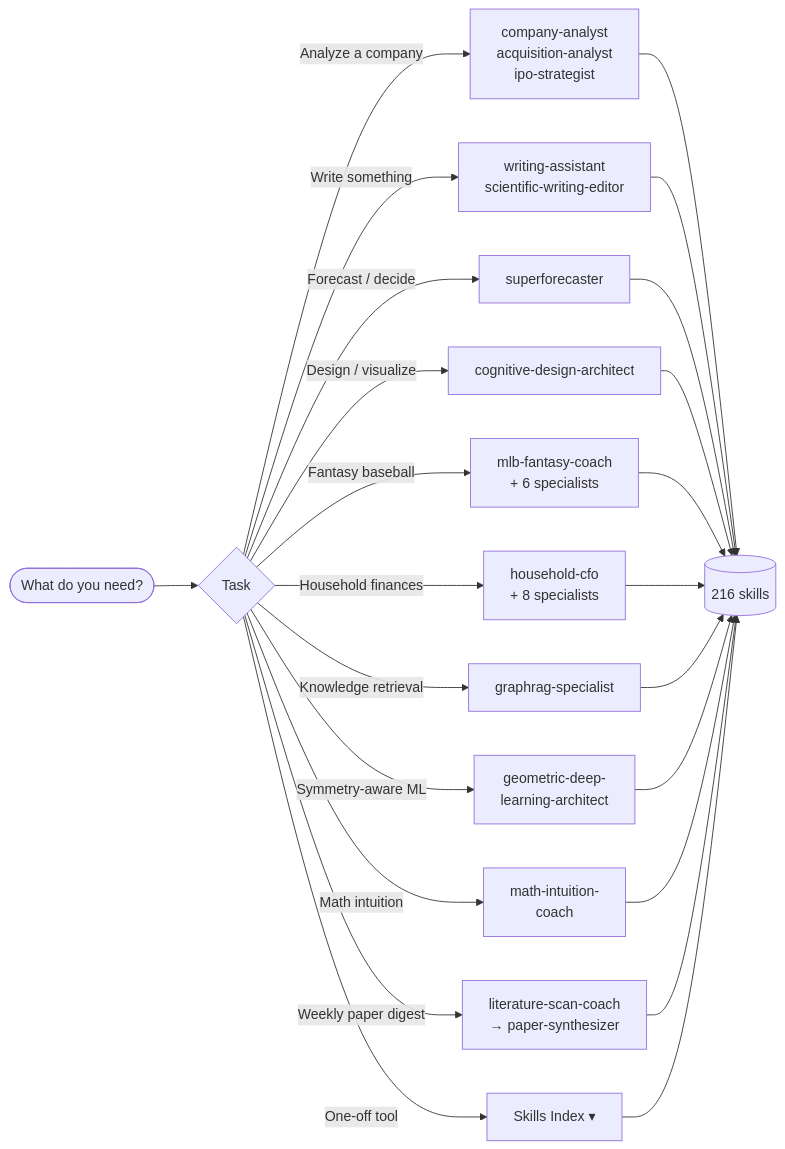
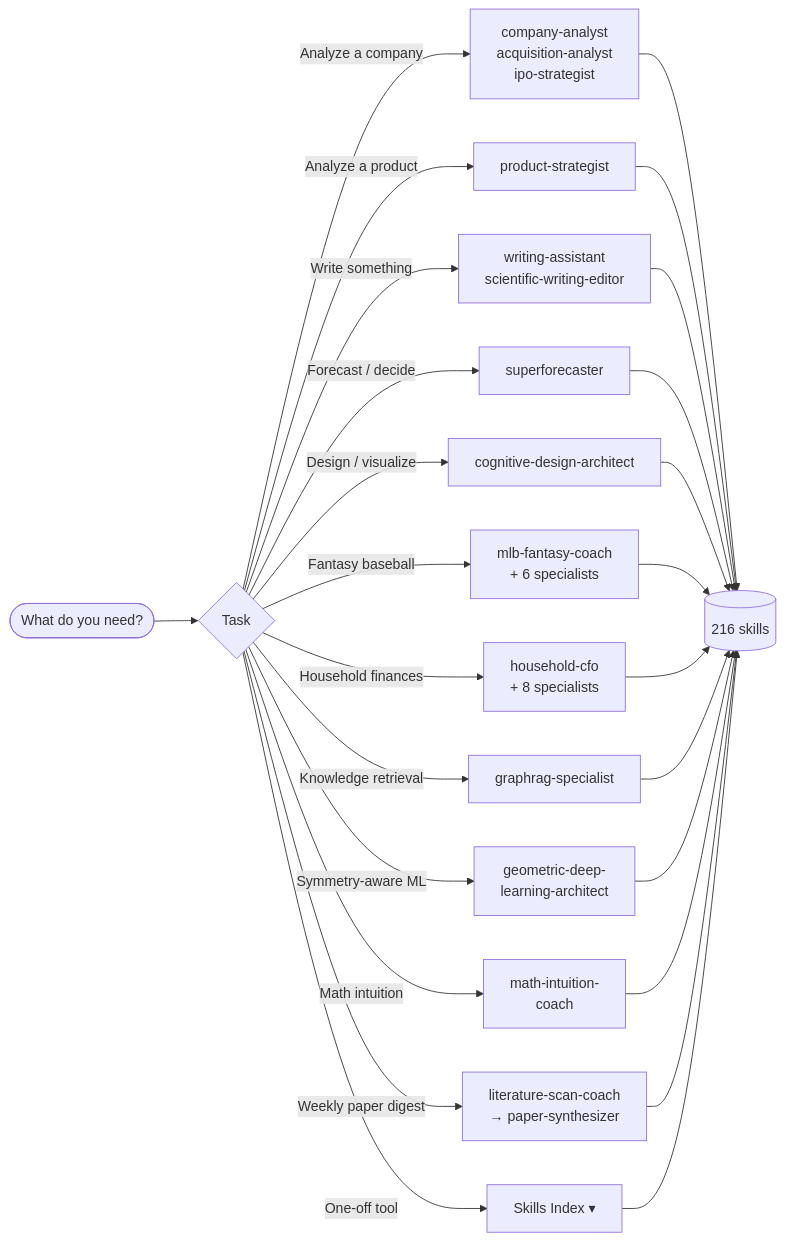
Before and after one commit to lyndonkl/claude: the diagram in README.md, drawn with Mermaid. The commit also changed other lines of this file, not shown here.

First line of the commit message:
README: register product-strategist agent

````diff
--- a/README.md
+++ b/README.md
@@ -40,17 +41,18 @@
 ```mermaid
 flowchart LR
     U([What do you need?]) --> D{Task}
     D -->|Analyze a company| CA[company-analyst<br/>acquisition-analyst<br/>ipo-strategist]
+    D -->|Analyze a product| PS[product-strategist]
     D -->|Write something| WA[writing-assistant<br/>scientific-writing-editor]
     D -->|Forecast / decide| SF[superforecaster]
     D -->|Design / visualize| CD[cognitive-design-architect]
     D -->|Fantasy baseball| MLB[mlb-fantasy-coach<br/>+ 6 specialists]
     D -->|Household finances| HF[household-cfo<br/>+ 8 specialists]
     D -->|Knowledge retrieval| GR[graphrag-specialist]
     D -->|Symmetry-aware ML| GDL[geometric-deep-<br/>learning-architect]
     D -->|Math intuition| MI[math-intuition-<br/>coach]
     D -->|Weekly paper digest| LSC[literature-scan-coach<br/>→ paper-synthesizer]
     D -->|One-off tool| SK[Skills Index ▾]
-    CA & WA & SF & CD & MLB & HF & GR & GDL & MI & LSC --> S[(216 skills)]
+    CA & PS & WA & SF & CD & MLB & HF & GR & GDL & MI & LSC --> S[(216 skills)]
     SK --> S
 ```
````
